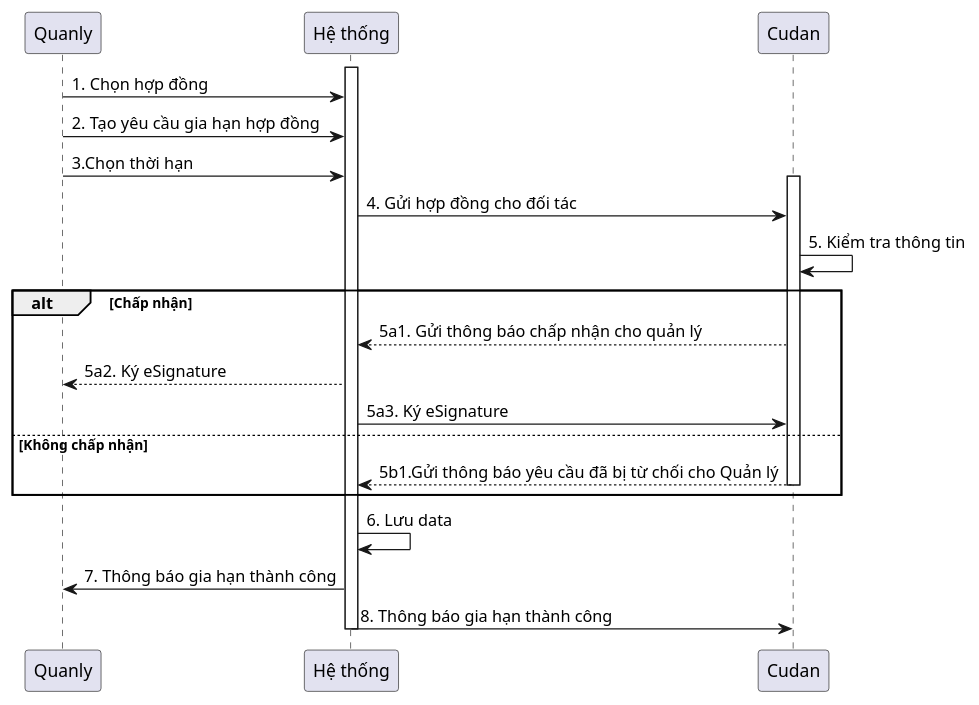
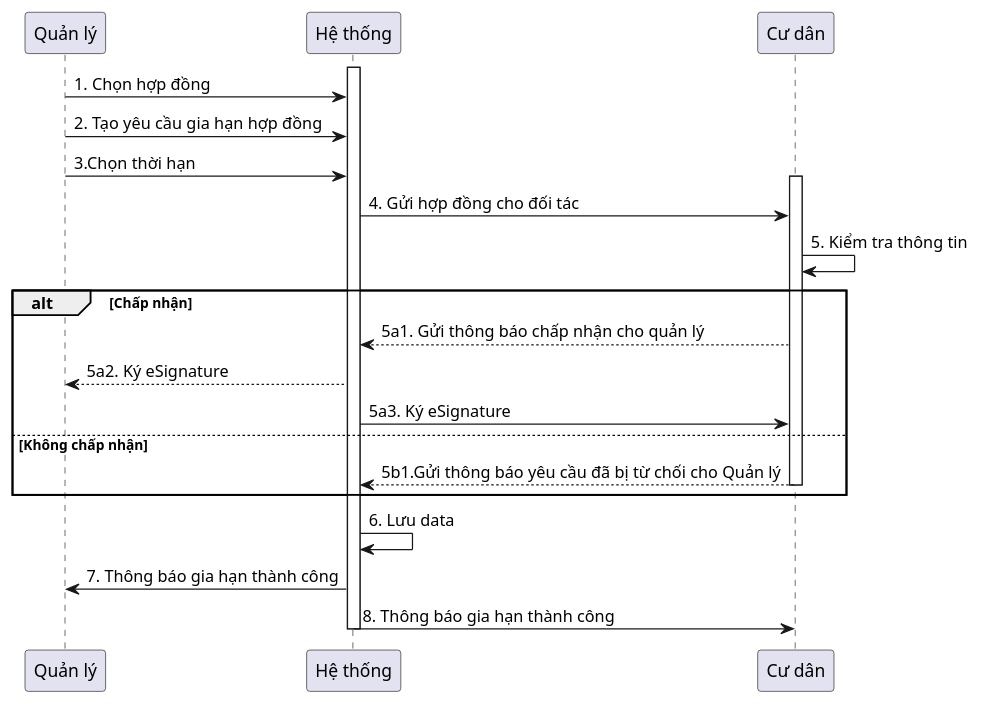
One commit to QuickyBooster/SE357-Pratice-class changed the diagram in Lab1/Lab1.2/Sequence Diagram/Gia hạn hợp đồng.plantuml. Above: the diagram before and after it, drawn with PlantUML. The commit also changed 7 other files, not shown here.

```diff
--- a/Lab1/Lab1.2/Sequence Diagram/Gia hạn hợp đồng.plantuml
+++ b/Lab1/Lab1.2/Sequence Diagram/Gia hạn hợp đồng.plantuml
@@ -1,32 +1,32 @@
 @startuml
 
-participant Quanly
+participant "Quản lý"
 
 participant "Hệ thống" as System
-participant Cudan
+participant "Cư dân"
 
 
 activate System
-Quanly -> System: 1. Chọn hợp đồng
-Quanly -> System: 2. Tạo yêu cầu gia hạn hợp đồng
-Quanly -> System: 3.Chọn thời hạn
-activate Cudan
-System -> Cudan: 4. Gửi hợp đồng cho đối tác
-Cudan -> Cudan: 5. Kiểm tra thông tin
+"Quản lý" -> System: 1. Chọn hợp đồng
+"Quản lý" -> System: 2. Tạo yêu cầu gia hạn hợp đồng
+"Quản lý" -> System: 3.Chọn thời hạn
+activate "Cư dân"
+System -> "Cư dân": 4. Gửi hợp đồng cho đối tác
+"Cư dân" -> "Cư dân": 5. Kiểm tra thông tin
 
 alt Chấp nhận
-Cudan --> System: 5a1. Gửi thông báo chấp nhận cho quản lý
-System--> Quanly: 5a2. Ký eSignature
+"Cư dân" --> System: 5a1. Gửi thông báo chấp nhận cho quản lý
+System--> "Quản lý": 5a2. Ký eSignature
 
-System-> Cudan: 5a3. Ký eSignature
+System-> "Cư dân": 5a3. Ký eSignature
 
 else Không chấp nhận
-    Cudan --> System: 5b1.Gửi thông báo yêu cầu đã bị từ chối cho Quản lý
-    deactivate Cudan
+    "Cư dân" --> System: 5b1.Gửi thông báo yêu cầu đã bị từ chối cho Quản lý
+    deactivate "Cư dân"
 end
 System -> System: 6. Lưu data
-System -> Quanly: 7. Thông báo gia hạn thành công
+System -> "Quản lý": 7. Thông báo gia hạn thành công
 
-System -> Cudan: 8. Thông báo gia hạn thành công
+System -> "Cư dân": 8. Thông báo gia hạn thành công
 deactivate System
 @enduml
```
